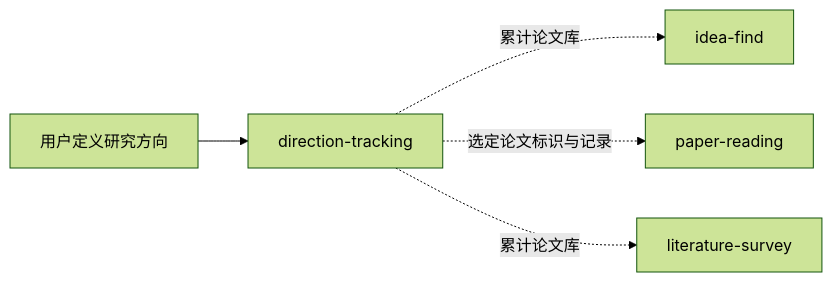
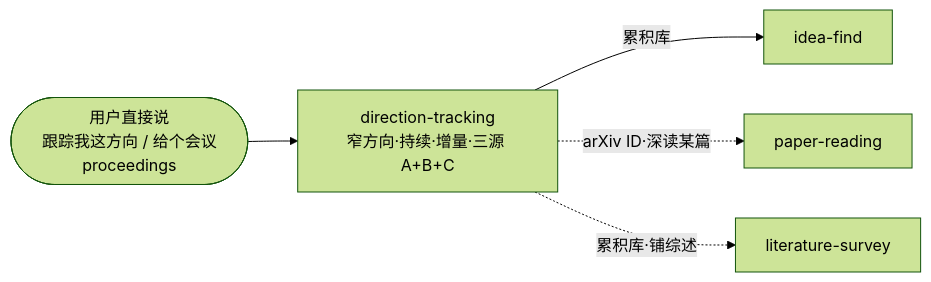
Before and after one commit to jackwang0108/dl-assistant: the first of 3 diagrams in plugins/dl-assistant/skills/direction-tracking/SKILL.md, drawn with Mermaid (forest theme). The commit also changed other lines of this file and 256 other files, not shown here.

````diff
--- a/plugins/dl-assistant/skills/direction-tracking/SKILL.md
+++ b/plugins/dl-assistant/skills/direction-tracking/SKILL.md
@@ -12,7 +18,8 @@
 ```mermaid
 flowchart LR
-    USER[用户定义研究方向] --> DT[direction-tracking]
-    DT -.->|累计论文库| IF[idea-find]
-    DT -.->|选定论文标识与记录| PR[paper-reading]
-    DT -.->|累计论文库| LS[literature-survey]
+    USER(["用户直接说<br/>跟踪我这方向 / 给个会议proceedings"]) --> DT
+    DT["direction-tracking<br/>窄方向·持续·增量·三源 A+B+C"]
+    DT -->|累积库| IF[idea-find]
+    DT -.->|arXiv ID·深读某篇| PR[paper-reading]
+    DT -.->|累积库·铺综述| LS[literature-survey]
 ```
````
